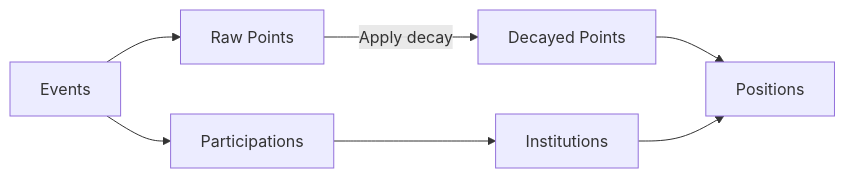
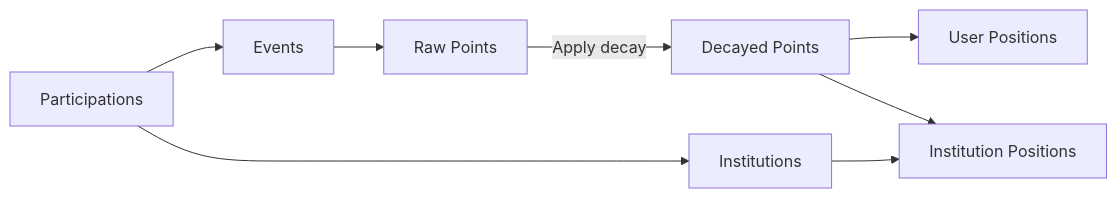
The diagram in README.md (crunchdao/crunch-global-leaderboard), drawn with Mermaid before and after one commit.

Commit message:
docs(readme): update mermaid to better represent the flow

````diff
--- a/README.md
+++ b/README.md
@@ -22,9 +22,10 @@
 ```mermaid
 graph LR
-    A[Events] --> B[Raw Points]
-    B --> |Apply decay| C[Decayed Points]
-    C --> D[Positions]
-    A --> E[Participations]
-    E --> F[Institutions]
-    F --> D
+    A[Participations] --> B[Events]
+    B --> C[Raw Points]
+    C --> |Apply decay| D[Decayed Points]
+    D --> E[User Positions]
+    A --> F[Institutions]
+    F --> G[Institution Positions]
+	  D --> G
 ```
````
